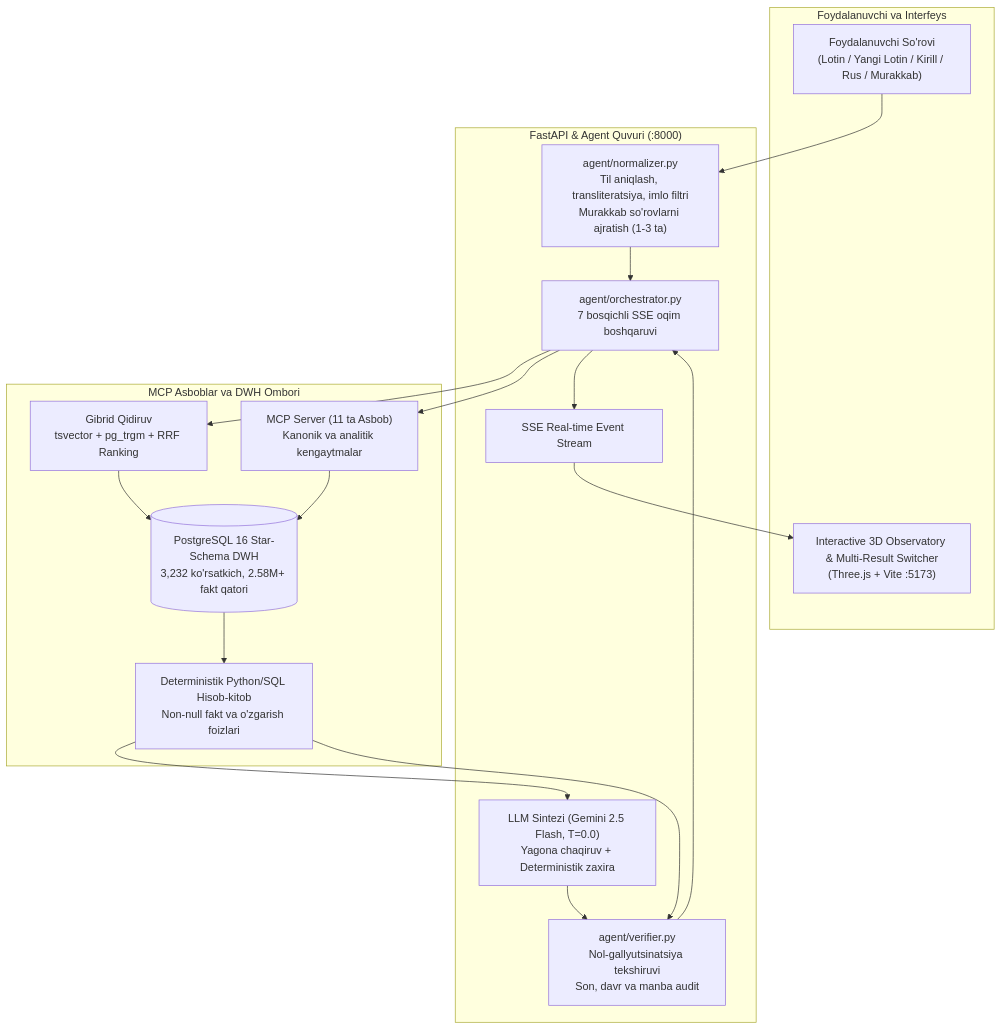
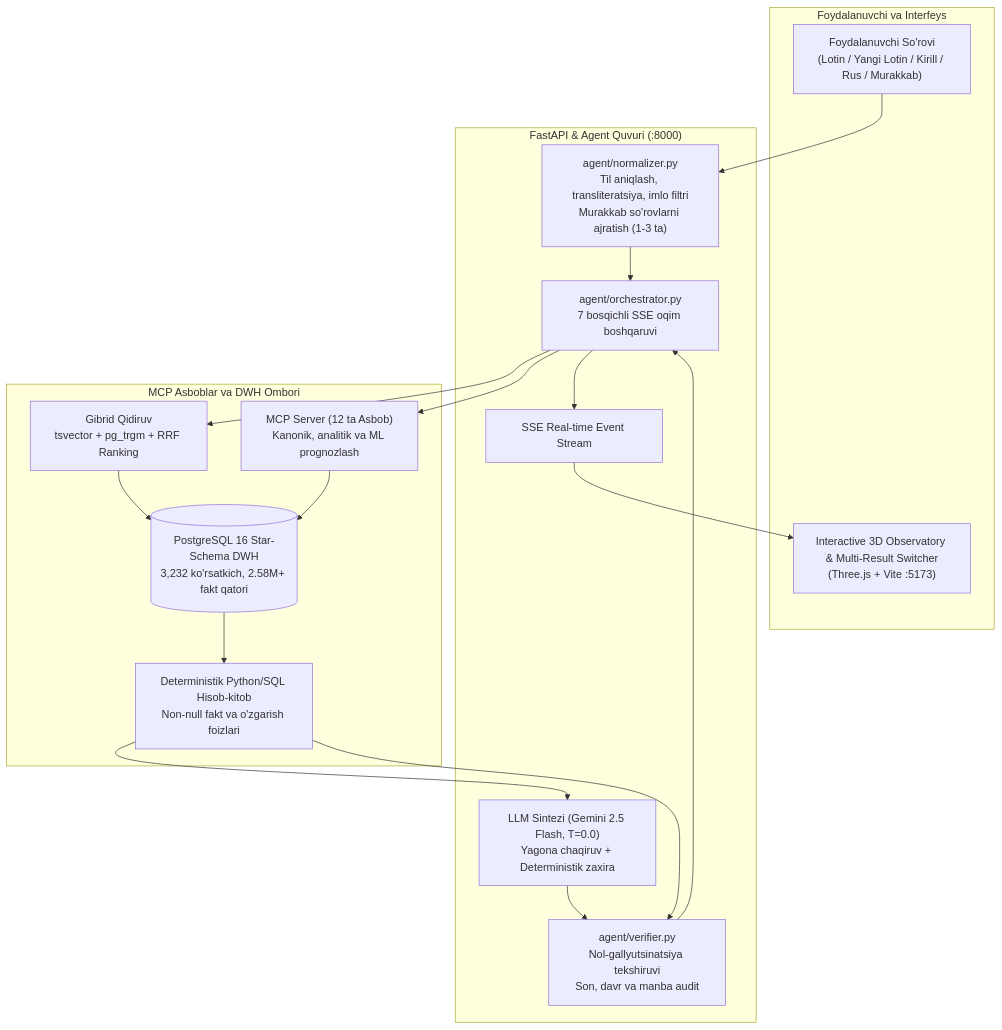
Before and after one commit to aethelgard-team/Aethelgard-SIAT-STAT-UZ: the diagram in README.md, drawn with Mermaid. The commit also changed other lines of this file, not shown here.

Commit message:
docs: update README with 12 FastMCP tools, ML forecasting, and 99/99 test metrics

````diff
--- a/README.md
+++ b/README.md
@@ -54,36 +57,36 @@
 ```mermaid
 flowchart TD
     subgraph Client ["Foydalanuvchi va Interfeys"]
         UQ["Foydalanuvchi So'rovi<br/>(Lotin / Yangi Lotin / Kirill / Rus / Murakkab)"]
         UI["Interactive 3D Observatory & Multi-Result Switcher<br/>(Three.js + Vite :5173)"]
     end
 
     subgraph Pipeline ["FastAPI & Agent Quvuri (:8000)"]
         NORM["agent/normalizer.py<br/>Til aniqlash, transliteratsiya, imlo filtri<br/>Murakkab so'rovlarni ajratish (1-3 ta)"]
         ORCH["agent/orchestrator.py<br/>7 bosqichli SSE oqim boshqaruvi"]
         LLM["LLM Sintezi (Gemini 2.5 Flash, T=0.0)<br/>Yagona chaqiruv + Deterministik zaxira"]
         VERIF["agent/verifier.py<br/>Nol-gallyutsinatsiya tekshiruvi<br/>Son, davr va manba audit"]
         SSE["SSE Real-time Event Stream"]
     end
 
     subgraph MCP_DWH ["MCP Asboblar va DWH Ombori"]
-        MCP["MCP Server (11 ta Asbob)<br/>Kanonik va analitik kengaytmalar"]
+        MCP["MCP Server (12 ta Asbob)<br/>Kanonik, analitik va ML prognozlash"]
         SEARCH["Gibrid Qidiruv<br/>tsvector + pg_trgm + RRF Ranking"]
         DWH[("PostgreSQL 16 Star-Schema DWH<br/>3,232 ko'rsatkich, 2.58M+ fakt qatori")]
         MATH["Deterministik Python/SQL Hisob-kitob<br/>Non-null fakt va o'zgarish foizlari"]
     end
 
     UQ --> NORM
     NORM --> ORCH
     ORCH --> SEARCH
     SEARCH --> DWH
     ORCH --> MCP
     MCP --> DWH
     DWH --> MATH
     MATH --> LLM
     MATH --> VERIF
     LLM --> VERIF
     VERIF --> ORCH
     ORCH --> SSE
     SSE --> UI
 ```
````
